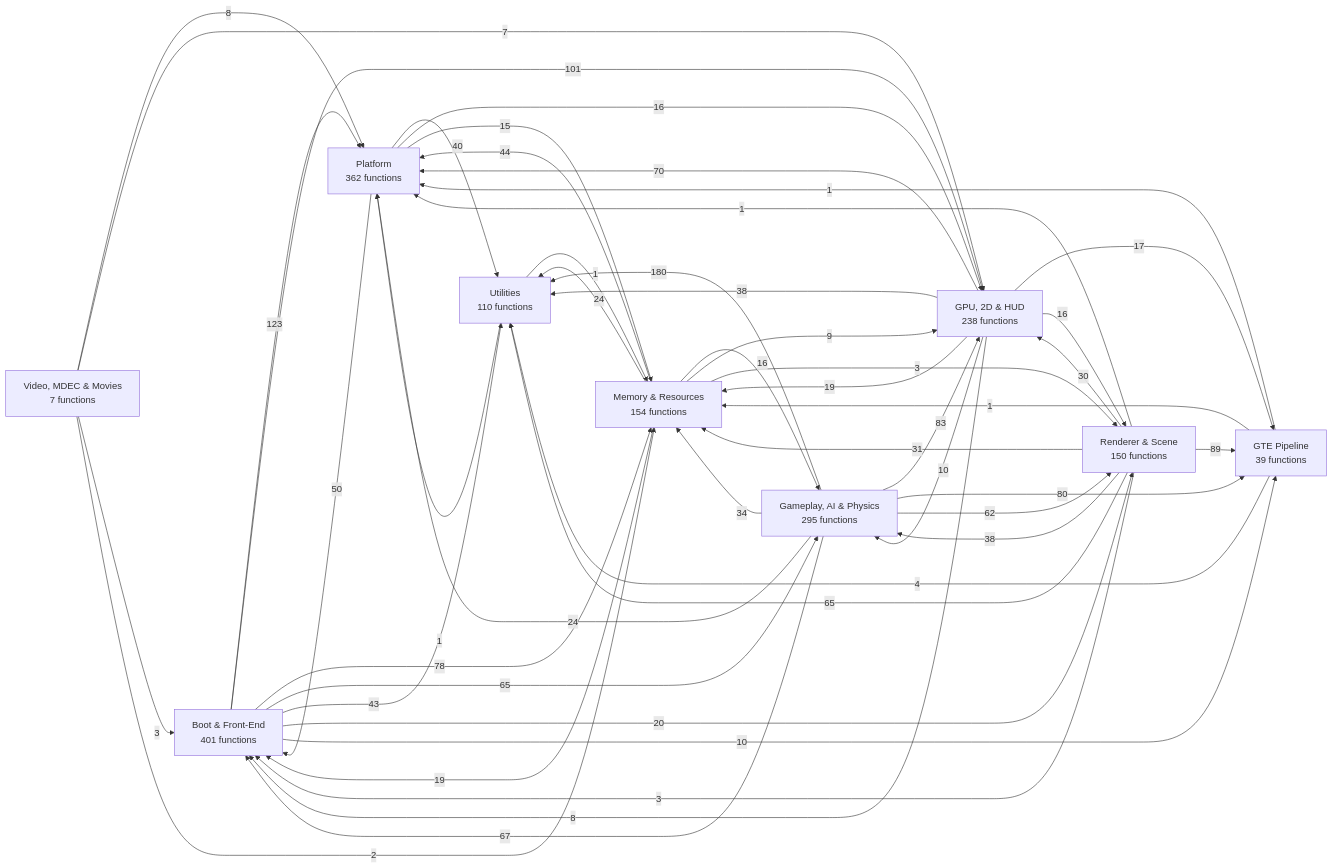
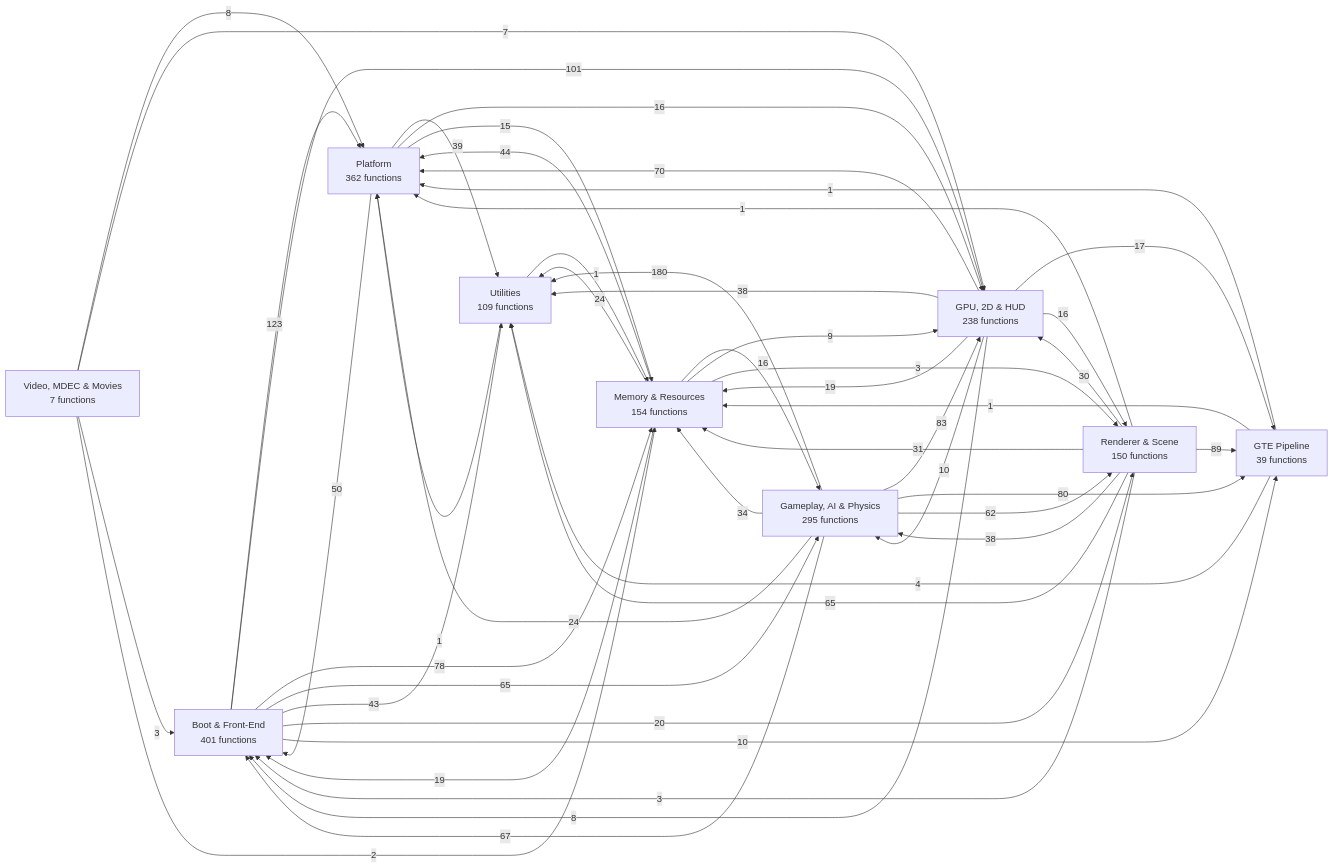
The first of 11 diagrams in docs/FUNCTION_MAP.md (kai-luni/Future-Cop-L.A.P.D-PS1), drawn with Mermaid before and after one commit. The commit also changed other lines of this file and 158 other files, not shown here.

````diff
--- a/docs/FUNCTION_MAP.md
+++ b/docs/FUNCTION_MAP.md
@@ -13,59 +13,59 @@
 ```mermaid
 graph LR
     g0["Boot & Front-End<br/>401 functions"]
     g1["Memory & Resources<br/>154 functions"]
     g2["Video, MDEC & Movies<br/>7 functions"]
     g3["GTE Pipeline<br/>39 functions"]
     g4["Renderer & Scene<br/>150 functions"]
     g5["GPU, 2D & HUD<br/>238 functions"]
     g6["Gameplay, AI & Physics<br/>295 functions"]
     g7["Platform<br/>362 functions"]
-    g8["Utilities<br/>110 functions"]
+    g8["Utilities<br/>109 functions"]
     g6 -->|180| g8
     g0 -->|123| g7
     g0 -->|101| g5
     g4 -->|89| g3
     g6 -->|83| g5
     g6 -->|80| g3
     g0 -->|78| g1
     g5 -->|70| g7
     g6 -->|67| g0
     g0 -->|65| g6
     g4 -->|65| g8
     g6 -->|62| g4
     g7 -->|50| g0
     g1 -->|44| g7
     g0 -->|43| g8
-    g7 -->|40| g8
+    g7 -->|39| g8
     g5 -->|38| g8
     g4 -->|38| g6
     g6 -->|34| g1
     g4 -->|31| g1
     g4 -->|30| g5
     g6 -->|24| g7
     g1 -->|24| g8
     g0 -->|20| g4
     g5 -->|19| g1
     g1 -->|19| g0
     g5 -->|17| g3
     g5 -->|16| g4
     g1 -->|16| g6
     g7 -->|16| g5
     g7 -->|15| g1
     g0 -->|10| g3
     g5 -->|10| g6
     g1 -->|9| g5
     g5 -->|8| g0
     g2 -->|8| g7
     g2 -->|7| g5
     g3 -->|4| g8
     g1 -->|3| g4
     g4 -->|3| g0
     g2 -->|3| g0
     g2 -->|2| g1
     g3 -->|1| g1
     g3 -->|1| g7
     g4 -->|1| g7
     g8 -->|1| g1
     g8 -->|1| g7
 ```
````
